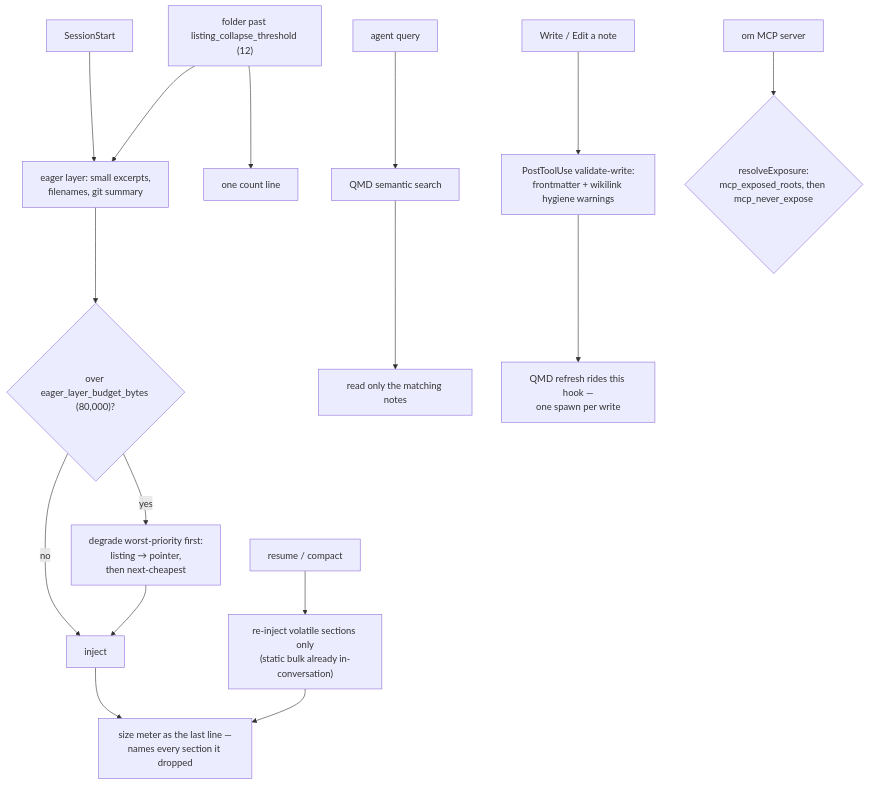
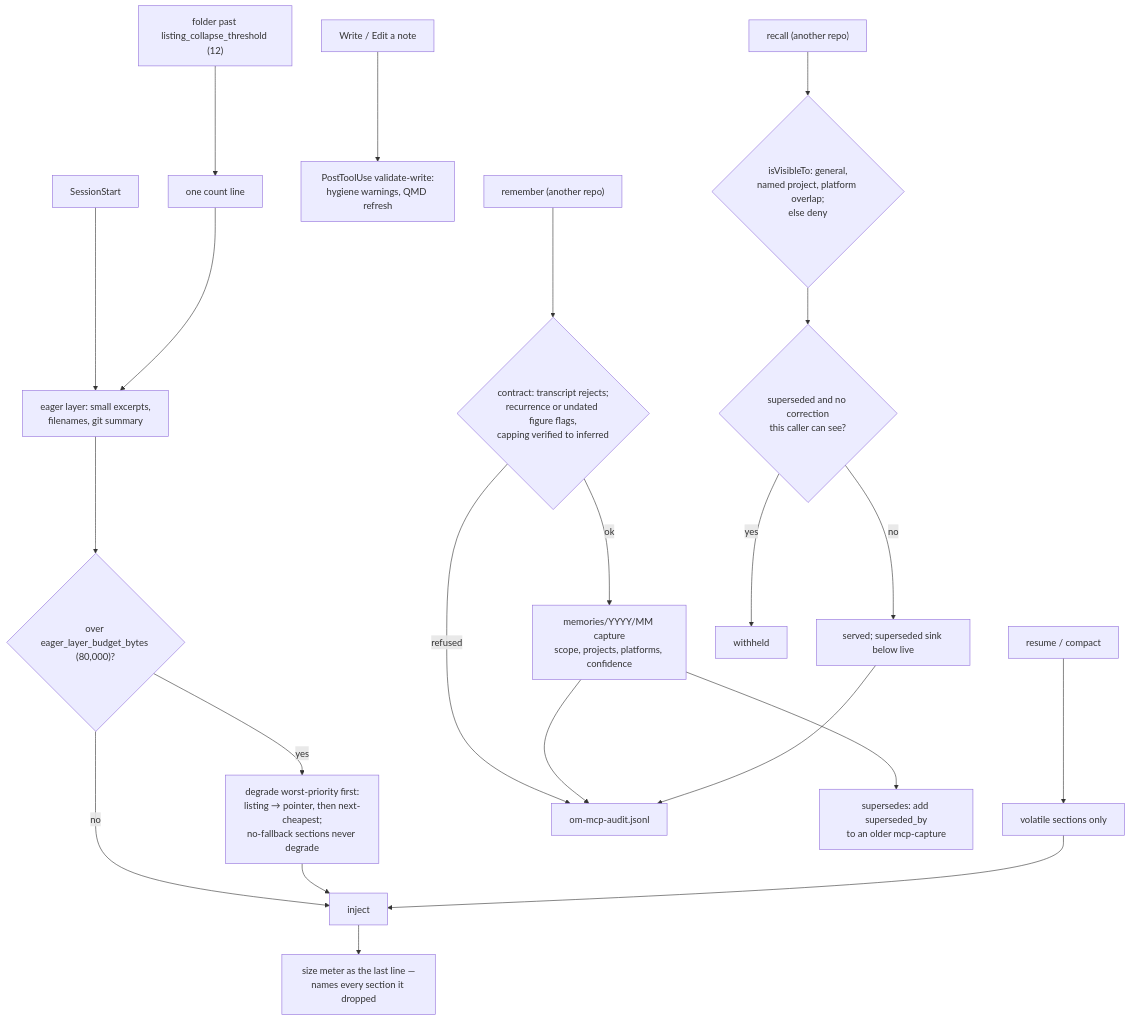
One commit to neoneye/agent-memory-atlas changed the diagram in content/systems/obsidian-mind.md. Above: the diagram before and after it, drawn with Mermaid. The commit also changed other lines of this file and 28 other files, not shown here.

First line of the commit message:
Add Neo Agent Brain (the neo Memory Core, moved out of neomjs/neo); audit obsidian-mind at the unchanged pin

````diff
--- a/content/systems/obsidian-mind.md
+++ b/content/systems/obsidian-mind.md
@@ -91,19 +100,25 @@
 ```mermaid
-%% caption: the eager layer degrades worst-priority sections first to fit its byte budget and names every section it dropped in a size meter
+%% caption: the eager layer degrades worst-priority sections to fit its byte budget and names each one it dropped; recall filters captures by declared reach, then by whether a correction can follow
 flowchart TD
     SS["SessionStart"] --> EL["eager layer: small excerpts,<br/>filenames, git summary"]
+    LC["folder past listing_collapse_threshold (12)"] --> ONE["one count line"]
+    ONE --> EL
     EL --> BUD{"over eager_layer_budget_bytes (80,000)?"}
     BUD -->|no| INJ["inject"]
-    BUD -->|yes| DEG["degrade worst-priority first:<br/>listing → pointer,<br/>then next-cheapest"]
+    BUD -->|yes| DEG["degrade worst-priority first:<br/>listing → pointer, then next-cheapest;<br/>no-fallback sections never degrade"]
     DEG --> INJ
+    RC["resume / compact"] --> VOL["volatile sections only"]
+    VOL --> INJ
     INJ --> MET["size meter as the last line —<br/>names every section it dropped"]
-    RC["resume / compact"] --> VOL["re-inject volatile sections only<br/>(static bulk already in-conversation)"]
-    VOL --> MET
-    LC["folder past listing_collapse_threshold (12)"] --> ONE["one count line"]
-    LC --> EL
-    Q["agent query"] --> QMD["QMD semantic search"]
-    QMD --> READ["read only the matching notes"]
-    W["Write / Edit a note"] --> VH["PostToolUse validate-write:<br/>frontmatter + wikilink hygiene warnings"]
-    VH --> QR["QMD refresh rides this hook —<br/>one spawn per write"]
-    MCP["om MCP server"] --> RE{"resolveExposure:<br/>mcp_exposed_roots, then mcp_never_expose"}
+    W["Write / Edit a note"] --> VH["PostToolUse validate-write:<br/>hygiene warnings, QMD refresh"]
+    REM["remember (another repo)"] --> CON{"contract: transcript rejects;<br/>recurrence or undated figure flags,<br/>capping verified to inferred"}
+    CON -->|refused| AUD["om-mcp-audit.jsonl"]
+    CON -->|ok| CAP["memories/YYYY/MM capture<br/>scope, projects, platforms, confidence"]
+    CAP --> SUP["supersedes: add superseded_by<br/>to an older mcp-capture"]
+    CAP --> AUD
+    REC["recall (another repo)"] --> VIS{"isVisibleTo: general,<br/>named project, platform overlap;<br/>else deny"}
+    VIS --> FIX{"superseded and no correction<br/>this caller can see?"}
+    FIX -->|yes| WH["withheld"]
+    FIX -->|no| RANK["served; superseded sink below live"]
+    RANK --> AUD
 ```
````
